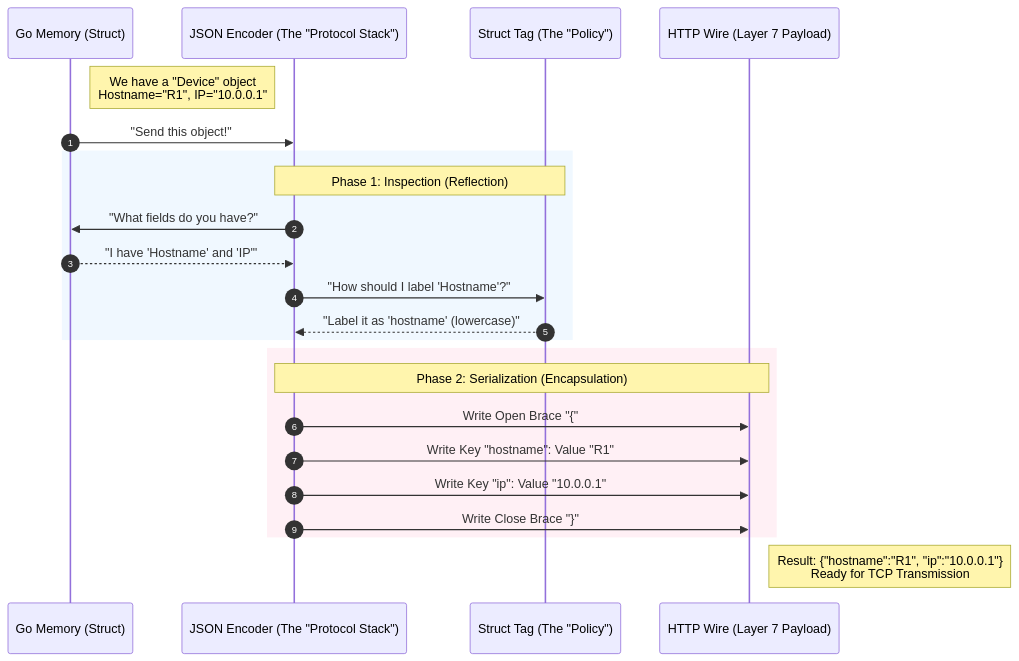
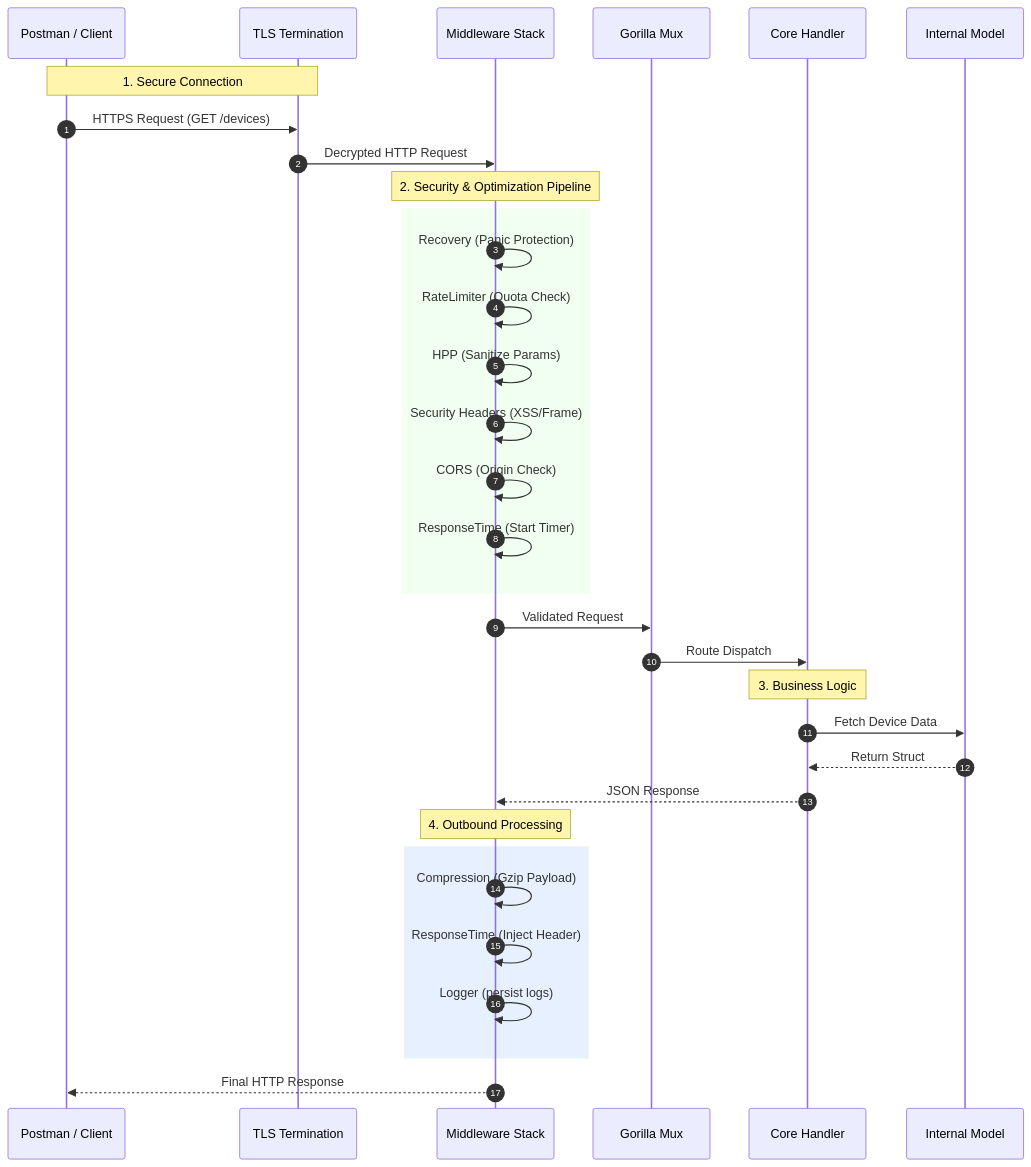
One commit to YasinEnginExpert/REST-API changed the first of 2 diagrams in README.md. Above: the diagram before and after it, drawn with Mermaid. The commit also changed other lines of this file and 7 other files, not shown here.

````diff
--- a/README.md
+++ b/README.md
@@ -63,31 +12,42 @@
 ```mermaid
 sequenceDiagram
     autonumber
-    participant RAM as Go Memory (Struct)
-    participant Encoder as JSON Encoder (The "Protocol Stack")
-    participant Tag as Struct Tag (The "Policy")
-    participant Wire as HTTP Wire (Layer 7 Payload)
+    participant Client as Postman / Client
+    participant TLS as TLS Termination
+    participant MW_Stack as Middleware Stack
+    participant Router as Gorilla Mux
+    participant Handler as Core Handler
+    participant DB as Internal Model
 
-    Note right of RAM: We have a "Device" object<br/>Hostname="R1", IP="10.0.0.1"
+    Note over Client, TLS: 1. Secure Connection
+    Client->>TLS: HTTPS Request (GET /devices)
+    TLS->>MW_Stack: Decrypted HTTP Request
 
-    RAM->>Encoder: "Send this object!"
+    Note over MW_Stack: 2. Security & Optimization Pipeline
     
-    rect rgb(240, 248, 255)
-        Note over Encoder, Tag: Phase 1: Inspection (Reflection)
-        Encoder->>RAM: "What fields do you have?"
-        RAM-->>Encoder: "I have 'Hostname' and 'IP'"
-        
-        Encoder->>Tag: "How should I label 'Hostname'?"
-        Tag-->>Encoder: "Label it as 'hostname' (lowercase)"
+    rect rgb(240, 255, 240)
+        MW_Stack->>MW_Stack: Recovery (Panic Protection)
+        MW_Stack->>MW_Stack: RateLimiter (Quota Check)
+        MW_Stack->>MW_Stack: HPP (Sanitize Params)
+        MW_Stack->>MW_Stack: Security Headers (XSS/Frame)
+        MW_Stack->>MW_Stack: CORS (Origin Check)
+        MW_Stack->>MW_Stack: ResponseTime (Start Timer)
     end
 
-    rect rgb(255, 240, 245)
-        Note over Encoder, Wire: Phase 2: Serialization (Encapsulation)
-        Encoder->>Wire: Write Open Brace "{"
-        Encoder->>Wire: Write Key "hostname": Value "R1"
-        Encoder->>Wire: Write Key "ip": Value "10.0.0.1"
-        Encoder->>Wire: Write Close Brace "}"
+    MW_Stack->>Router: Validated Request
+    Router->>Handler: Route Dispatch
+
+    Note over Handler: 3. Business Logic
+    Handler->>DB: Fetch Device Data
+    DB-->>Handler: Return Struct
+    Handler-->>MW_Stack: JSON Response
+
+    Note over MW_Stack: 4. Outbound Processing
+    rect rgb(230, 240, 255)
+        MW_Stack->>MW_Stack: Compression (Gzip Payload)
+        MW_Stack->>MW_Stack: ResponseTime (Inject Header)
+        MW_Stack->>MW_Stack: Logger (persist logs)
     end
 
-    Note right of Wire: Result: {"hostname":"R1", "ip":"10.0.0.1"}<br/>Ready for TCP Transmission
+    MW_Stack-->>Client: Final HTTP Response
 ```
````
